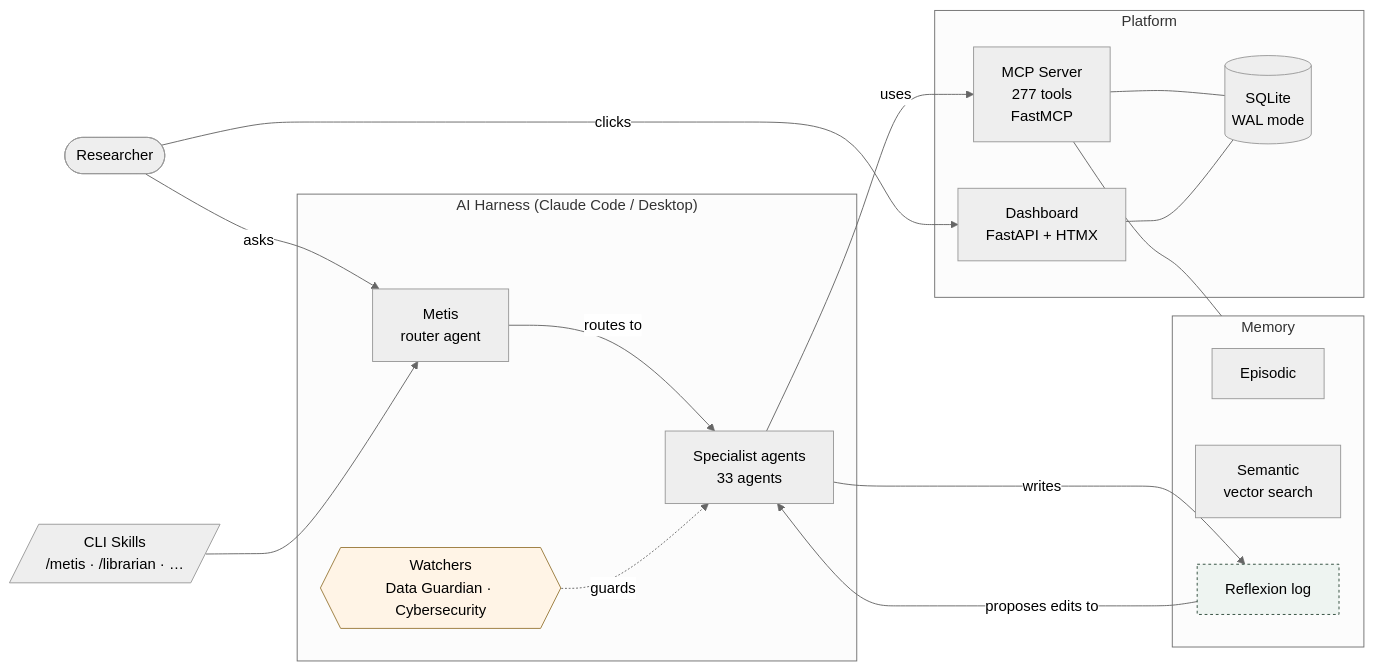
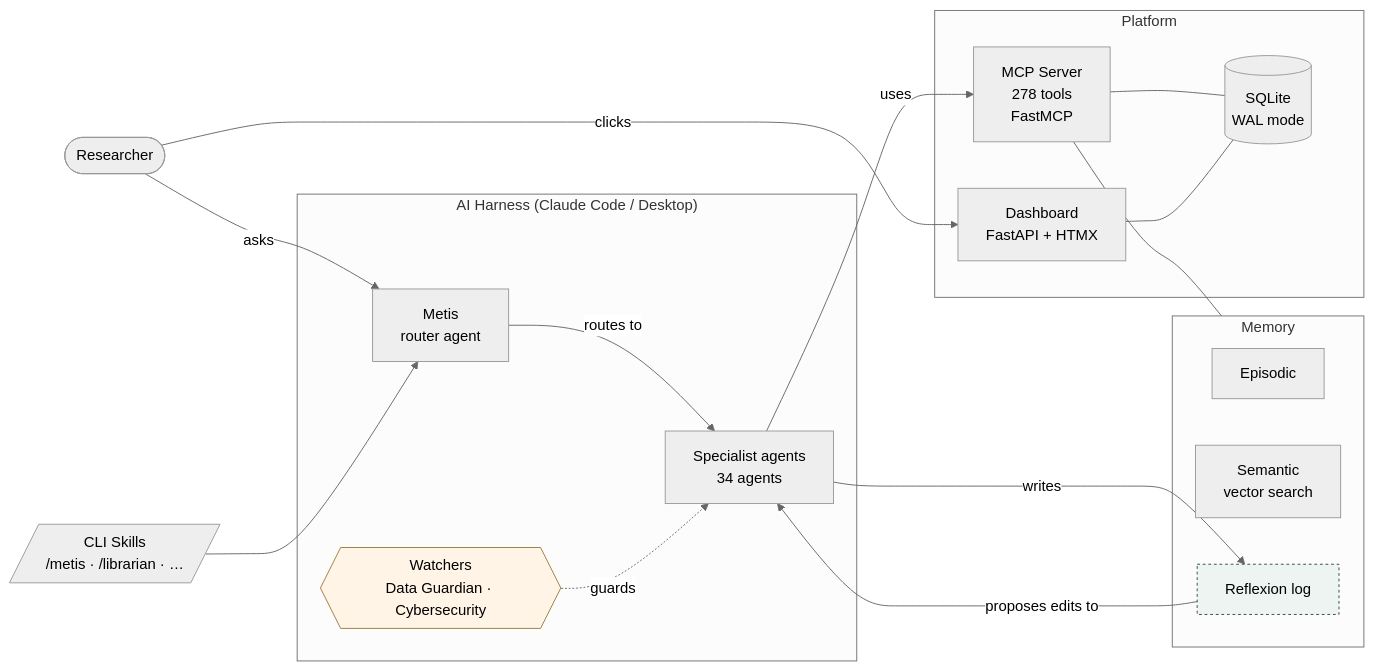
Before and after one commit to SVerITG/Metis: the diagram in README.md, drawn with Mermaid (neutral theme). The commit also changed other lines of this file and 3 other files, not shown here.

````diff
--- a/README.md
+++ b/README.md
@@ -536,35 +536,35 @@
 ```mermaid
 flowchart LR
     U([Researcher])
     subgraph Harness["AI Harness (Claude Code / Desktop)"]
         METIS[Metis\nrouter agent]
-        AGENTS[Specialist agents\n33 agents]
+        AGENTS[Specialist agents\n34 agents]
         WATCHERS{{Watchers\nData Guardian · Cybersecurity}}
     end
     subgraph Platform
-        MCP[MCP Server\n277 tools\nFastMCP]
+        MCP[MCP Server\n278 tools\nFastMCP]
         DASH[Dashboard\nFastAPI + HTMX]
         DB[(SQLite\nWAL mode)]
     end
     subgraph Memory
         EPIS[Episodic]
         SEM[Semantic\nvector search]
         REFLEX[Reflexion log]
     end
     Skills[/CLI Skills\n/metis · /librarian · …/]
 
     U -->|asks| METIS
     U -->|clicks| DASH
     METIS -->|routes to| AGENTS
     AGENTS -->|uses| MCP
     MCP --- DB
     DASH --- DB
     WATCHERS -.guards.-> AGENTS
     AGENTS -->|writes| REFLEX
     REFLEX -->|proposes edits to| AGENTS
     MCP --- Memory
     Skills --> METIS
 
     style WATCHERS fill:#fff4e6,stroke:#9a7b3c
     style REFLEX fill:#eef4f1,stroke:#2d4a3a,stroke-dasharray:3 3
 ```
````
